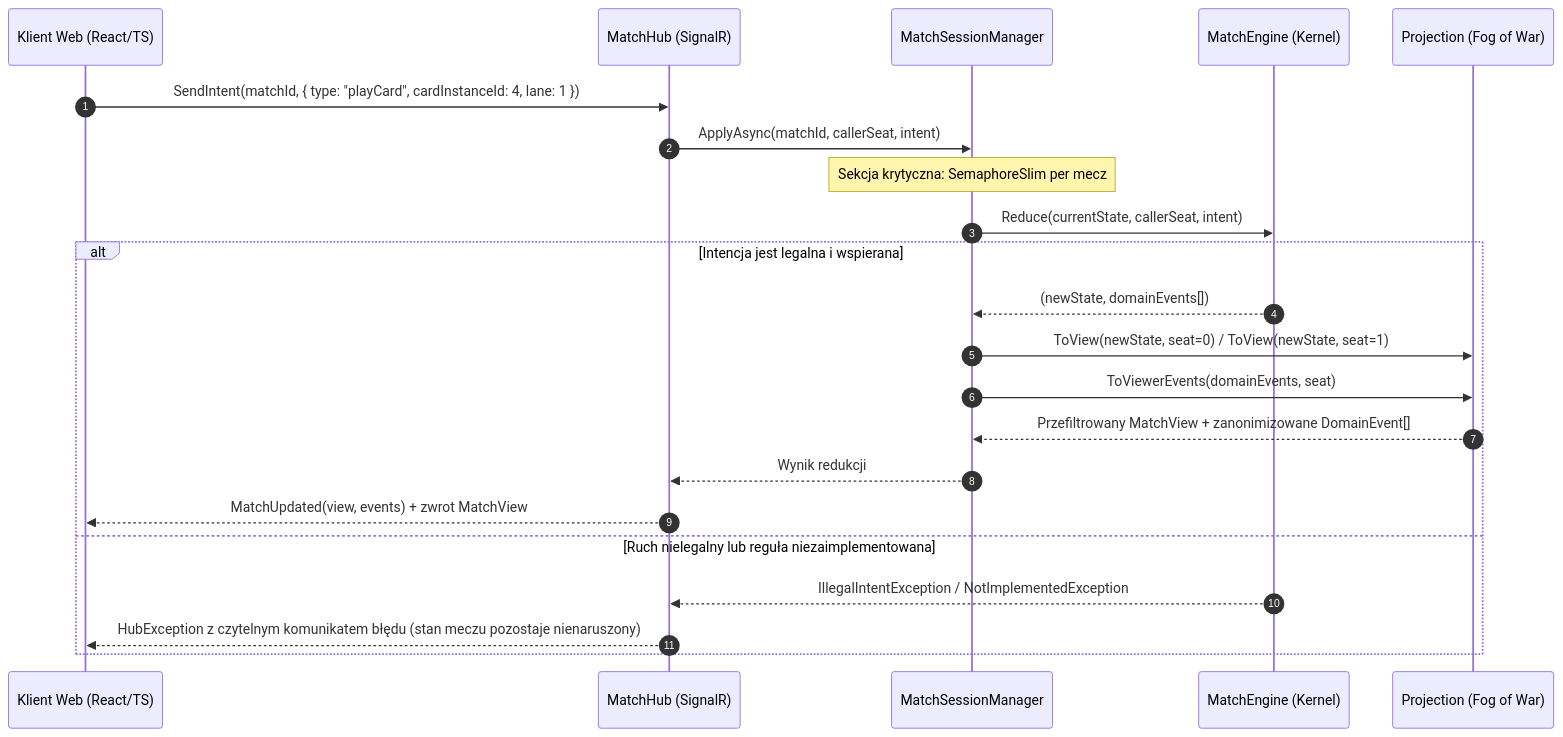
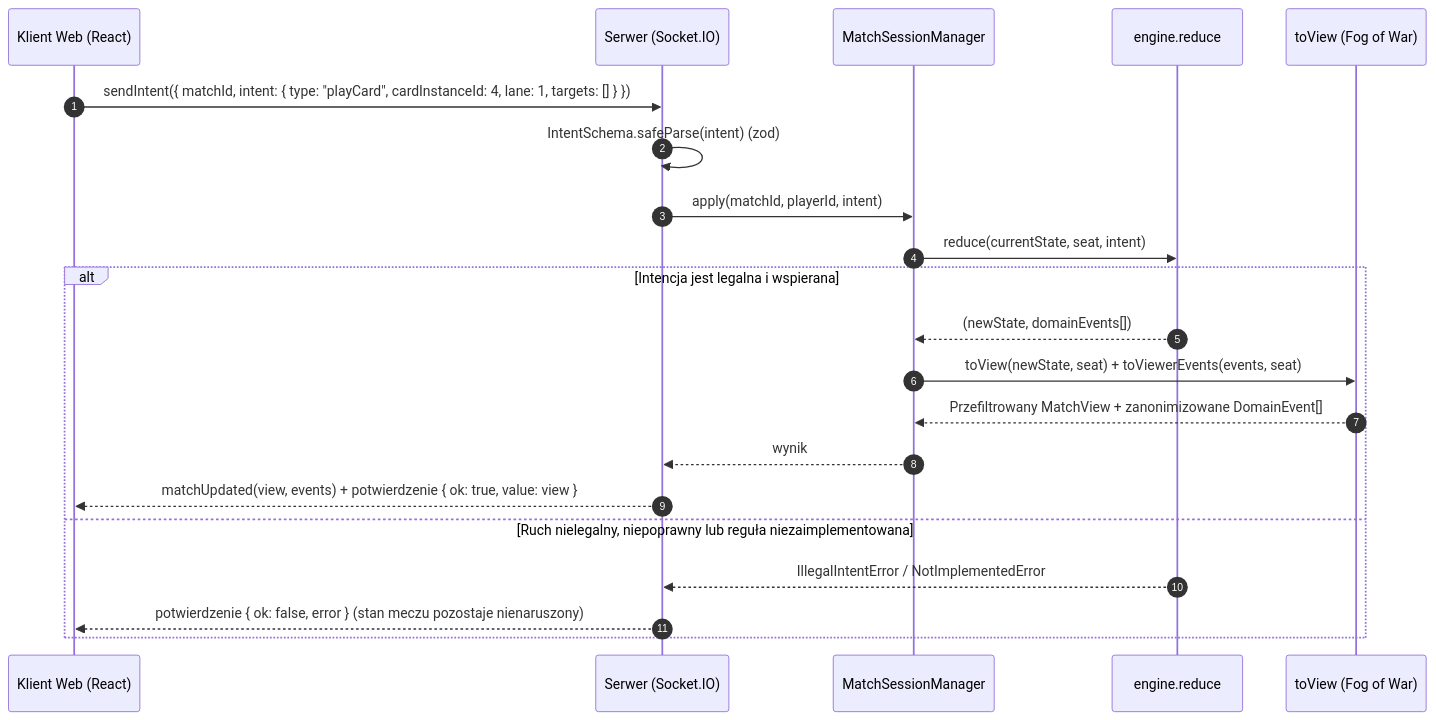
One commit to lMamacl/Rejoltance changed the third of 5 diagrams in docs/01-dokumentacja-systemowa/05-sad-architektura-systemu.md. Above: the diagram before and after it, drawn with Mermaid. The commit also changed other lines of this file and 85 other files, not shown here.

````diff
--- a/docs/01-dokumentacja-systemowa/05-sad-architektura-systemu.md
+++ b/docs/01-dokumentacja-systemowa/05-sad-architektura-systemu.md
@@ -143,25 +139,24 @@
 ```mermaid
 sequenceDiagram
   autonumber
-  participant UI as Klient Web (React/TS)
-  participant Hub as MatchHub (SignalR)
+  participant UI as Klient Web (React)
+  participant Io as Serwer (Socket.IO)
   participant Mgr as MatchSessionManager
-  participant Eng as MatchEngine (Kernel)
-  participant Proj as Projection (Fog of War)
+  participant Eng as engine.reduce
+  participant Proj as toView (Fog of War)
 
-  UI->>Hub: SendIntent(matchId, { type: "playCard", cardInstanceId: 4, lane: 1 })
-  Hub->>Mgr: ApplyAsync(matchId, callerSeat, intent)
-  Note over Mgr: Sekcja krytyczna: SemaphoreSlim per mecz
-  Mgr->>Eng: Reduce(currentState, callerSeat, intent)
+  UI->>Io: sendIntent({ matchId, intent: { type: "playCard", cardInstanceId: 4, lane: 1, targets: [] } })
+  Io->>Io: IntentSchema.safeParse(intent) (zod)
+  Io->>Mgr: apply(matchId, playerId, intent)
+  Mgr->>Eng: reduce(currentState, seat, intent)
   alt Intencja jest legalna i wspierana
     Eng-->>Mgr: (newState, domainEvents[])
-    Mgr->>Proj: ToView(newState, seat=0) / ToView(newState, seat=1)
-    Mgr->>Proj: ToViewerEvents(domainEvents, seat)
+    Mgr->>Proj: toView(newState, seat) + toViewerEvents(events, seat)
     Proj-->>Mgr: Przefiltrowany MatchView + zanonimizowane DomainEvent[]
-    Mgr-->>Hub: Wynik redukcji
-    Hub-->>UI: MatchUpdated(view, events) + zwrot MatchView
-  else Ruch nielegalny lub reguła niezaimplementowana
-    Eng-->>Hub: IllegalIntentException / NotImplementedException
-    Hub-->>UI: HubException z czytelnym komunikatem błędu (stan meczu pozostaje nienaruszony)
+    Mgr-->>Io: wynik
+    Io-->>UI: matchUpdated(view, events) + potwierdzenie { ok: true, value: view }
+  else Ruch nielegalny, niepoprawny lub reguła niezaimplementowana
+    Eng-->>Io: IllegalIntentError / NotImplementedError
+    Io-->>UI: potwierdzenie { ok: false, error } (stan meczu pozostaje nienaruszony)
   end
 ```
````
